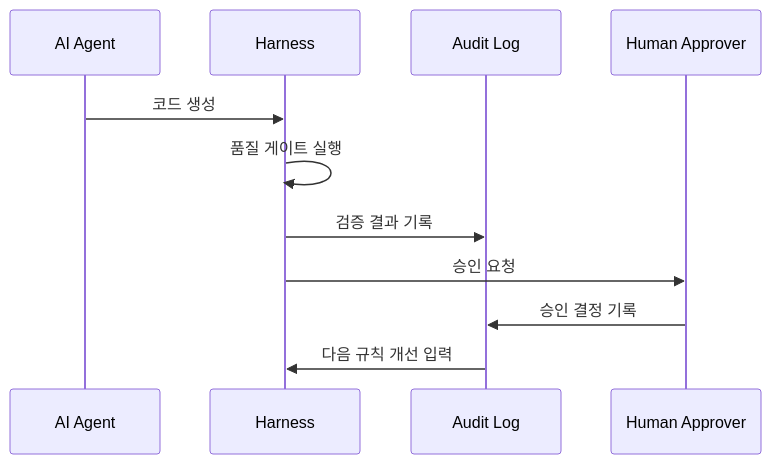
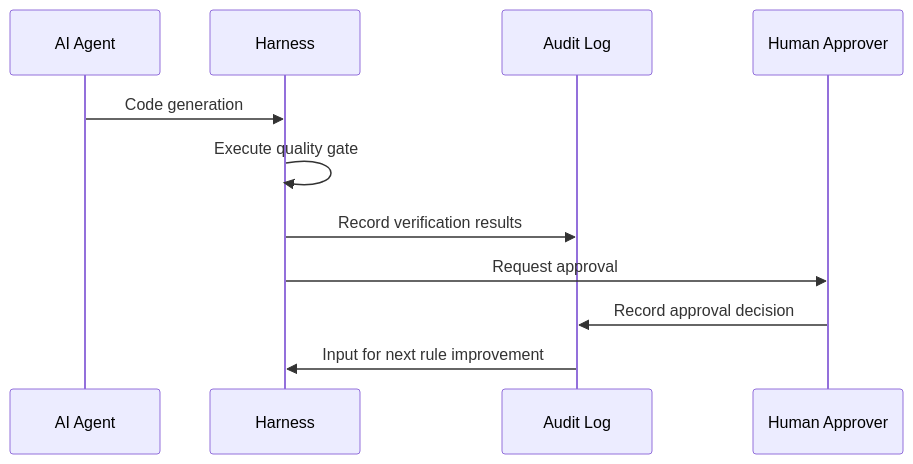
One commit to devfloor9/engineering-playbook changed the fifth of 5 diagrams in docs/aidlc/operations/audit-governance.md. Above: the diagram before and after it, drawn with Mermaid. The commit also changed other lines of this file and 954 other files, not shown here.

````diff
--- a/docs/aidlc/operations/audit-governance.md
+++ b/docs/aidlc/operations/audit-governance.md
@@ -549,14 +551,14 @@
 ```mermaid
 sequenceDiagram
     participant Agent as AI Agent
     participant Harness as Harness
     participant Audit as Audit Log
     participant Human as Human Approver
 
-    Agent->>Harness: 코드 생성
-    Harness->>Harness: 품질 게이트 실행
-    Harness->>Audit: 검증 결과 기록
-    Harness->>Human: 승인 요청
-    Human->>Audit: 승인 결정 기록
-    Audit->>Harness: 다음 규칙 개선 입력
+    Agent->>Harness: Code generation
+    Harness->>Harness: Execute quality gate
+    Harness->>Audit: Record verification results
+    Harness->>Human: Request approval
+    Human->>Audit: Record approval decision
+    Audit->>Harness: Input for next rule improvement
 ```
````
